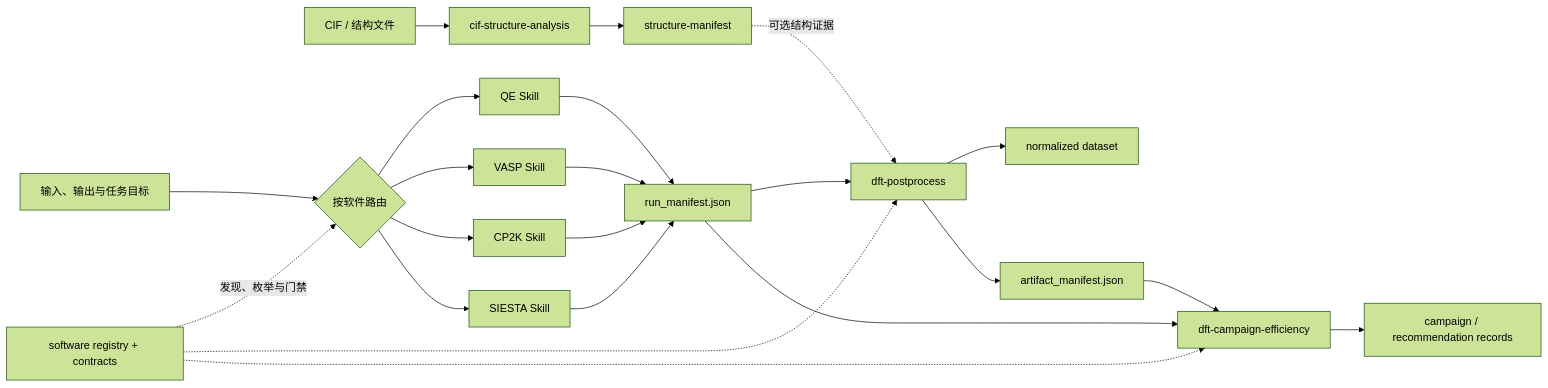
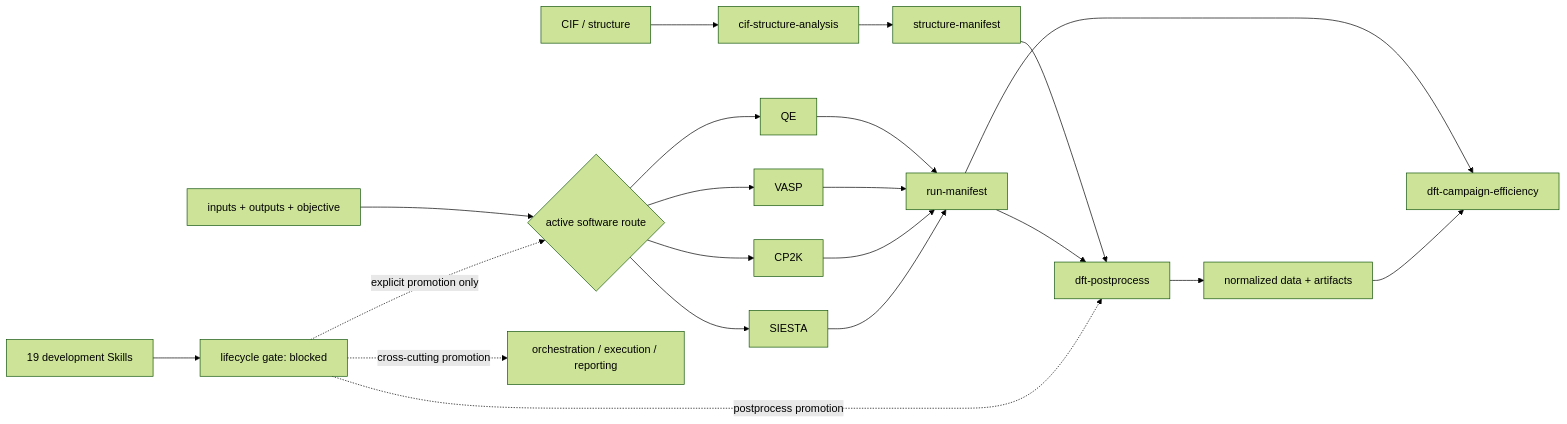
One commit to Maxwell3919/Vibe-DFT-Skills changed the diagram in README.md. Above: the diagram before and after it, drawn with Mermaid (forest theme). The commit also changed other lines of this file and 556 other files, not shown here.

Commit message:
Build lifecycle-gated DFT skill suite

````diff
--- a/README.md
+++ b/README.md
@@ -71,28 +102,23 @@
 ```mermaid
 flowchart LR
-    CIF["CIF / 结构文件"] --> CSA["cif-structure-analysis"]
-    CSA --> SM["structure-manifest"]
-
-    INPUT["输入、输出与任务目标"] --> ROUTE{"按软件路由"}
-    ROUTE --> QE["QE Skill"]
-    ROUTE --> VASP["VASP Skill"]
-    ROUTE --> CP2K["CP2K Skill"]
-    ROUTE --> SIESTA["SIESTA Skill"]
-    QE --> RM["run_manifest.json"]
-    VASP --> RM
-    CP2K --> RM
-    SIESTA --> RM
-
-    SM -. "可选结构证据" .-> POST["dft-postprocess"]
-    RM --> POST
-    POST --> DATA["normalized dataset"]
-    POST --> AM["artifact_manifest.json"]
-
-    RM --> EFF["dft-campaign-efficiency"]
-    AM --> EFF
-    EFF --> REC["campaign / recommendation records"]
-
-    REG["software registry + contracts"] -. "发现、枚举与门禁" .-> ROUTE
-    REG -.-> POST
-    REG -.-> EFF
+    S["CIF / structure"] --> C["cif-structure-analysis"]
+    C --> SM["structure-manifest"]
+    I["inputs + outputs + objective"] --> R{"active software route"}
+    R --> QE["QE"]
+    R --> VA["VASP"]
+    R --> CP["CP2K"]
+    R --> SI["SIESTA"]
+    QE --> RM["run-manifest"]
+    VA --> RM
+    CP --> RM
+    SI --> RM
+    SM --> PP["dft-postprocess"]
+    RM --> PP
+    PP --> AM["normalized data + artifacts"]
+    RM --> EF["dft-campaign-efficiency"]
+    AM --> EF
+    DEV["19 development Skills"] --> G["lifecycle gate: blocked"]
+    G -. "explicit promotion only" .-> R
+    G -. "postprocess promotion" .-> PP
+    G -. "cross-cutting promotion" .-> X["orchestration / execution / reporting"]
 ```
````
